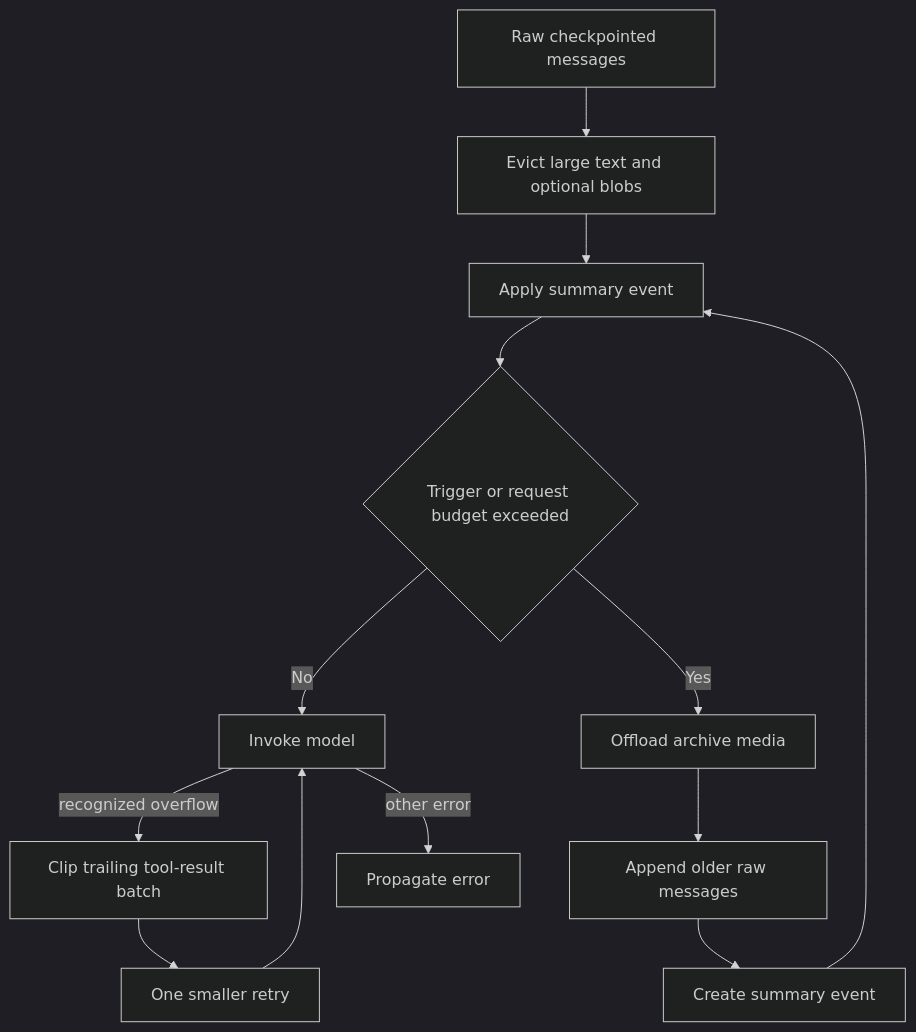
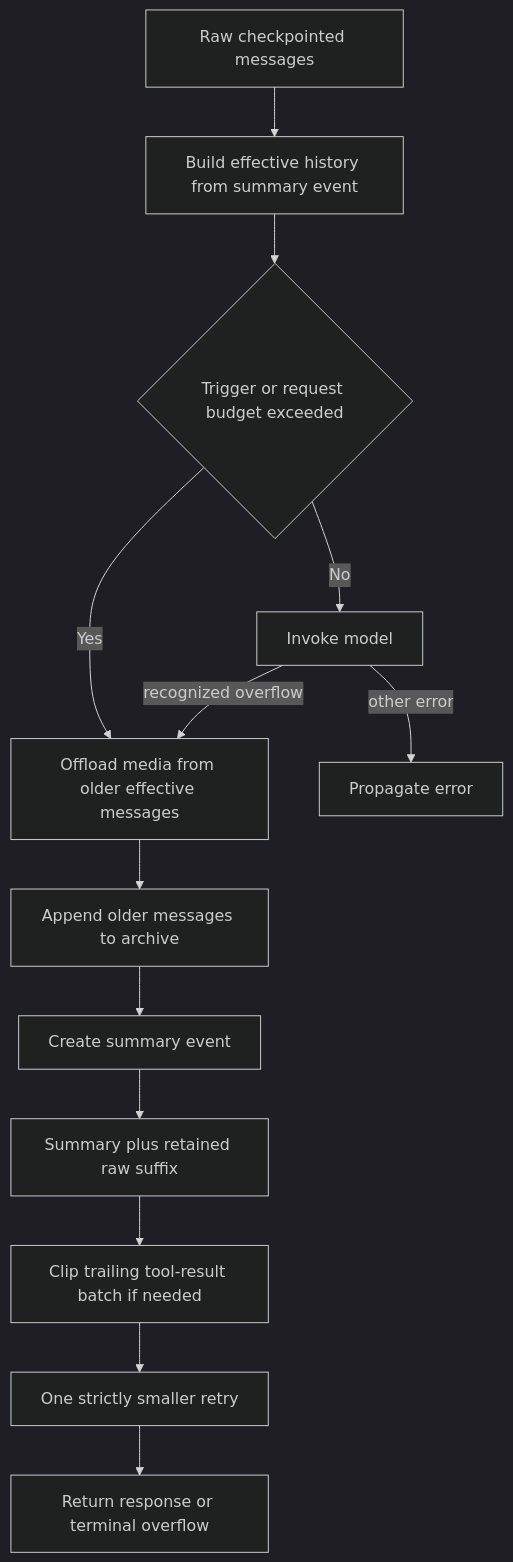
The diagram in openwiki/concepts/context-management.md (langchain-ai/deepagents), drawn with Mermaid (dark theme) before and after one commit. The commit also changed other lines of this file and 35 other files, not shown here.

````diff
--- a/openwiki/concepts/context-management.md
+++ b/openwiki/concepts/context-management.md
@@ -58,15 +30,15 @@
 ```mermaid
 flowchart TD
-    Raw["Raw checkpointed messages"] --> Evict["Evict large text and optional blobs"]
-    Evict --> Effective["Apply summary event"]
-    Effective --> Budget{"Trigger or request budget exceeded"}
-    Budget -->|No| Model["Invoke model"]
-    Budget -->|Yes| Media["Offload archive media"]
-    Media --> Archive["Append older raw messages"]
-    Archive --> Summary["Create summary event"]
-    Summary --> Effective
-    Model -->|"recognized overflow"| Clip["Clip trailing tool-result batch"]
-    Clip --> Retry["One smaller retry"]
-    Retry --> Model
-    Model -->|"other error"| Raise["Propagate error"]
+    Raw["Raw checkpointed messages"] --> Shape["Build effective history from summary event"]
+    Shape --> Check{"Trigger or request budget exceeded"}
+    Check -->|"No"| Initial["Invoke model"]
+    Check -->|"Yes"| Media["Offload media from older effective messages"]
+    Initial -->|"recognized overflow"| Media
+    Media --> Archive["Append older messages to archive"]
+    Archive --> Summarize["Create summary event"]
+    Summarize --> Effective["Summary plus retained raw suffix"]
+    Effective --> Clip["Clip trailing tool-result batch if needed"]
+    Clip --> Retry["One strictly smaller retry"]
+    Retry --> Done["Return response or terminal overflow"]
+    Initial -->|"other error"| Raise["Propagate error"]
 ```
````
